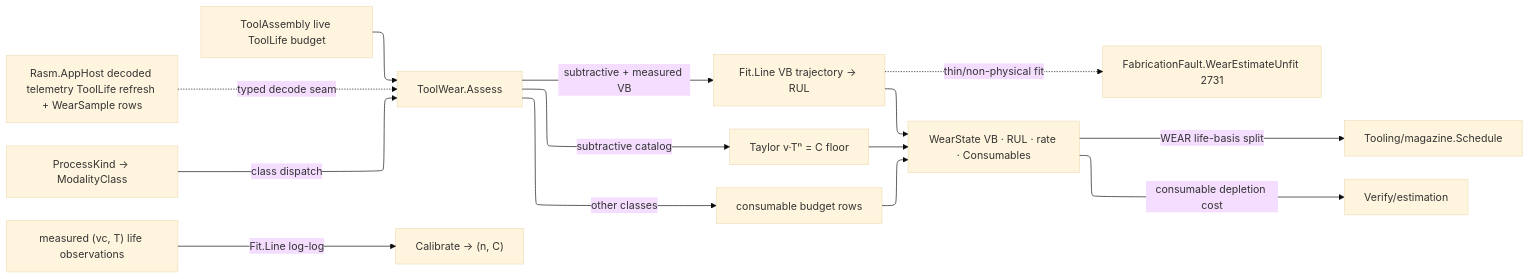
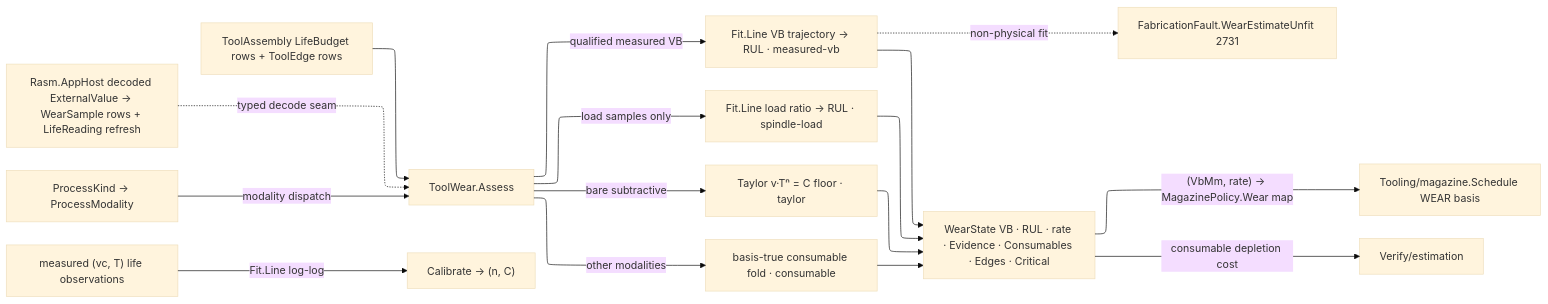
One commit to bsamiee/Rasm changed the diagram in libs/csharp/Rasm.Fabrication/.planning/Tooling/wear.md. Above: the diagram before and after it, drawn with Mermaid. The commit also changed other lines of this file and 79 other files, not shown here.

````diff
--- a/libs/csharp/Rasm.Fabrication/.planning/Tooling/wear.md
+++ b/libs/csharp/Rasm.Fabrication/.planning/Tooling/wear.md
@@ -147,21 +178,23 @@
 ```mermaid
 ---
 config:
   layout: elk
   theme: base
 ---
 flowchart LR
-    Telemetry["Rasm.AppHost decoded telemetry ToolLife refresh + WearSample rows"] -.->|typed decode seam| Assess["ToolWear.Assess"]
-    Process["ProcessKind → ModalityClass"] -->|class dispatch| Assess
-    Assembly["ToolAssembly live ToolLife budget"] --> Assess
-    Assess -->|subtractive + measured VB| Trajectory["Fit.Line VB trajectory → RUL"]
-    Assess -->|subtractive catalog| Taylor["Taylor v·Tⁿ = C floor"]
-    Assess -->|other classes| Rows["consumable budget rows"]
-    Trajectory -.->|thin/non-physical fit| Unfit["FabricationFault.WearEstimateUnfit 2731"]
-    Trajectory --> State["WearState VB · RUL · rate · Consumables"]
+    Telemetry["Rasm.AppHost decoded ExternalValue → WearSample rows + LifeReading refresh"] -.->|typed decode seam| Assess["ToolWear.Assess"]
+    Process["ProcessKind → ProcessModality"] -->|modality dispatch| Assess
+    Assembly["ToolAssembly LifeBudget rows + ToolEdge rows"] --> Assess
+    Assess -->|qualified measured VB| Trajectory["Fit.Line VB trajectory → RUL · measured-vb"]
+    Assess -->|load samples only| LoadArm["Fit.Line load ratio → RUL · spindle-load"]
+    Assess -->|bare subtractive| Taylor["Taylor v·Tⁿ = C floor · taylor"]
+    Assess -->|other modalities| Rows["basis-true consumable fold · consumable"]
+    Trajectory -.->|non-physical fit| Unfit["FabricationFault.WearEstimateUnfit 2731"]
+    Trajectory --> State["WearState VB · RUL · rate · Evidence · Consumables · Edges · Critical"]
+    LoadArm --> State
     Taylor --> State
     Rows --> State
     Observations["measured (vc, T) life observations"] -->|Fit.Line log-log| Calibrate["Calibrate → (n, C)"]
-    State -->|WEAR life-basis split| Magazine["Tooling/magazine.Schedule"]
+    State -->|"(VbMm, rate) → MagazinePolicy.Wear map"| Magazine["Tooling/magazine.Schedule WEAR basis"]
     State -->|consumable depletion cost| Estimation["Verify/estimation"]
 ```
````
